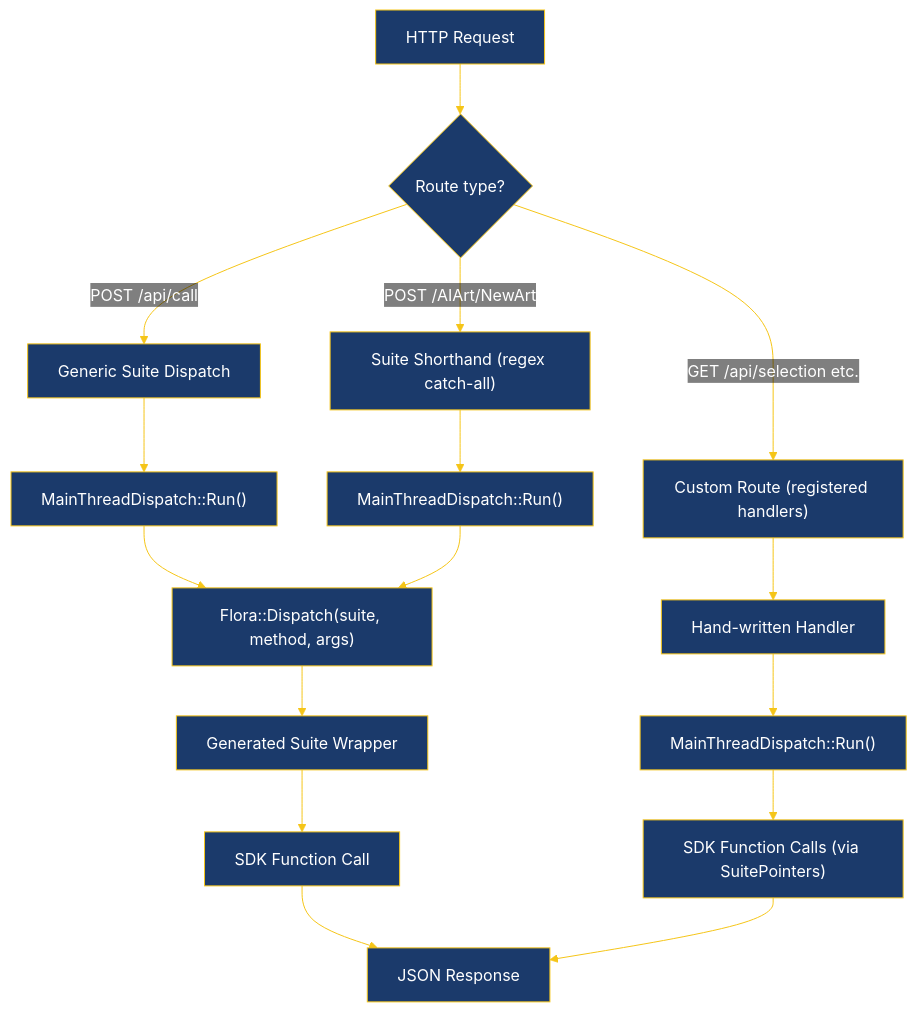
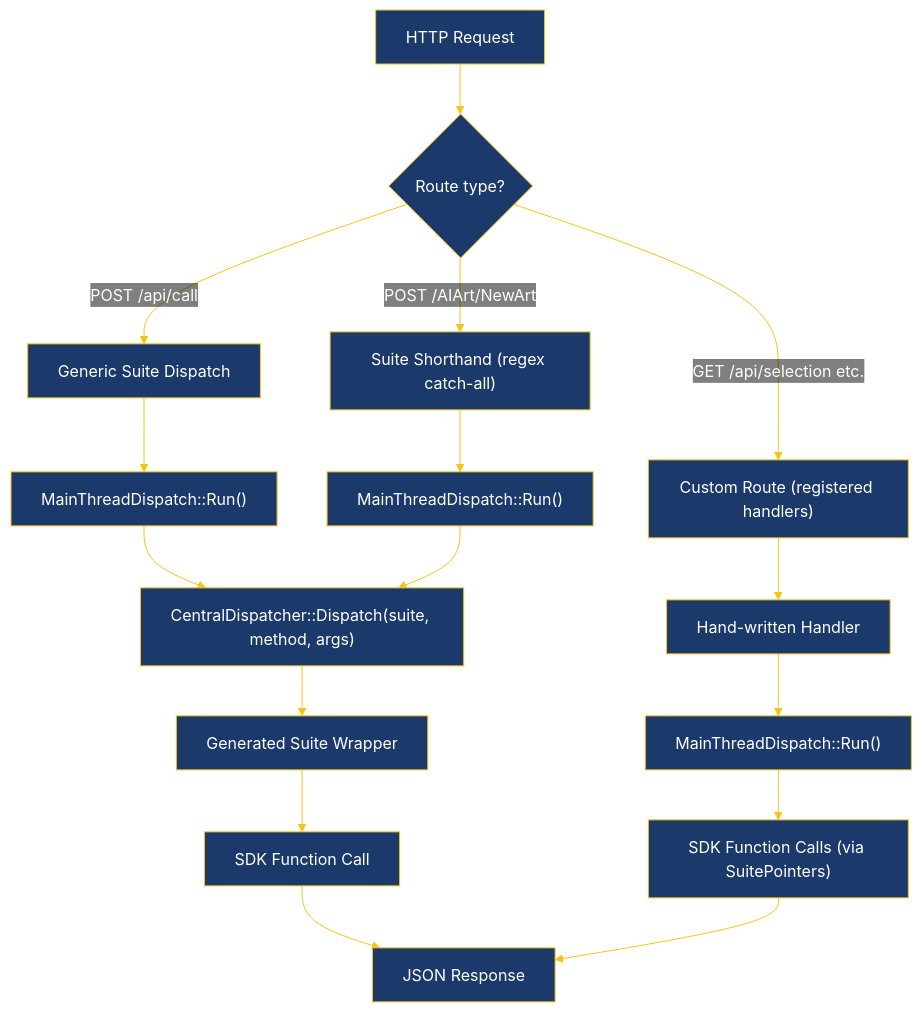
One commit to ByteBard97/nuxp changed the fifth of 5 diagrams in docs/ARCHITECTURE.md. Above: the diagram before and after it, drawn with Mermaid. The commit also changed other lines of this file and 237 other files, not shown here.

````diff
--- a/docs/ARCHITECTURE.md
+++ b/docs/ARCHITECTURE.md
@@ -317,34 +376,34 @@
 ```mermaid
 %%{init: {'theme': 'base', 'themeVariables': {
   'primaryColor': '#1B3A6B',
   'primaryTextColor': '#FFFFFF',
   'primaryBorderColor': '#F5C518',
   'lineColor': '#F5C518',
   'secondaryColor': '#C41E24',
   'secondaryTextColor': '#FFFFFF',
   'tertiaryColor': '#2A5298',
   'tertiaryTextColor': '#FFFFFF',
   'edgeLabelBackground': 'transparent'
 }}}%%
 flowchart TB
     Req["HTTP Request"] --> Type{Route type?}
 
     Type -- "POST /api/call" --> APICall["Generic Suite Dispatch"]
     Type -- "POST /AIArt/NewArt" --> SuiteShort["Suite Shorthand (regex catch-all)"]
     Type -- "GET /api/selection etc." --> Custom["Custom Route (registered handlers)"]
 
     APICall --> MTD1["MainThreadDispatch::Run()"]
     SuiteShort --> MTD2["MainThreadDispatch::Run()"]
     Custom --> Handler["Hand-written Handler"]
     Handler --> MTD3["MainThreadDispatch::Run()"]
 
-    MTD1 --> CD["Flora::Dispatch(suite, method, args)"]
+    MTD1 --> CD["CentralDispatcher::Dispatch(suite, method, args)"]
     MTD2 --> CD
     CD --> Wrapper["Generated Suite Wrapper"]
     Wrapper --> SDKCall["SDK Function Call"]
 
     MTD3 --> SDKCall2["SDK Function Calls (via SuitePointers)"]
 
     SDKCall --> JSON["JSON Response"]
     SDKCall2 --> JSON
 ```
````
